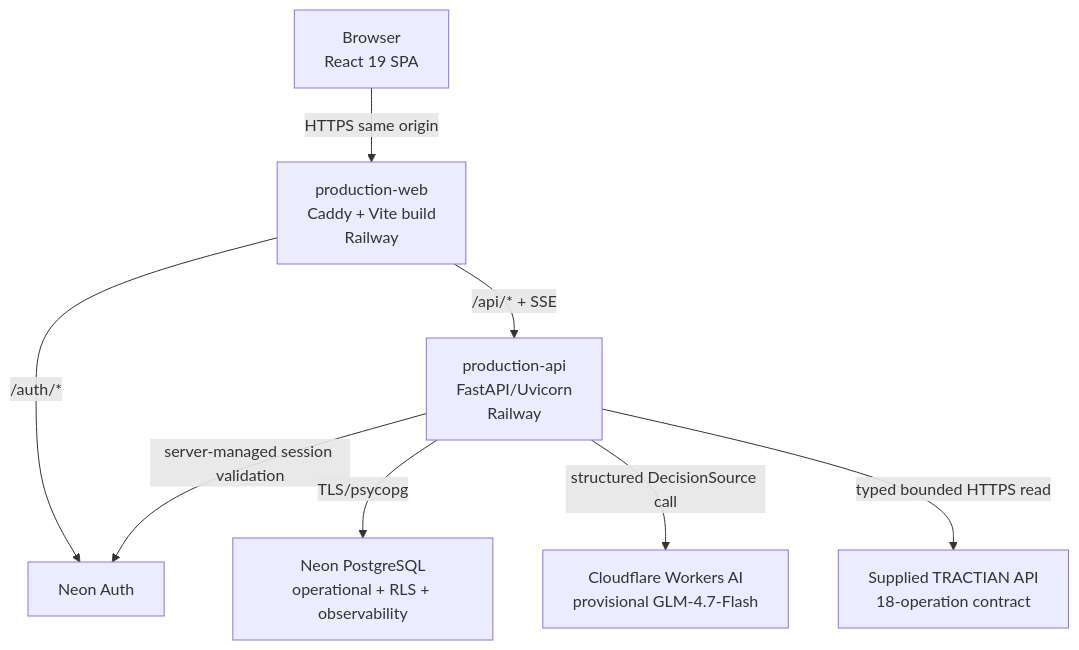
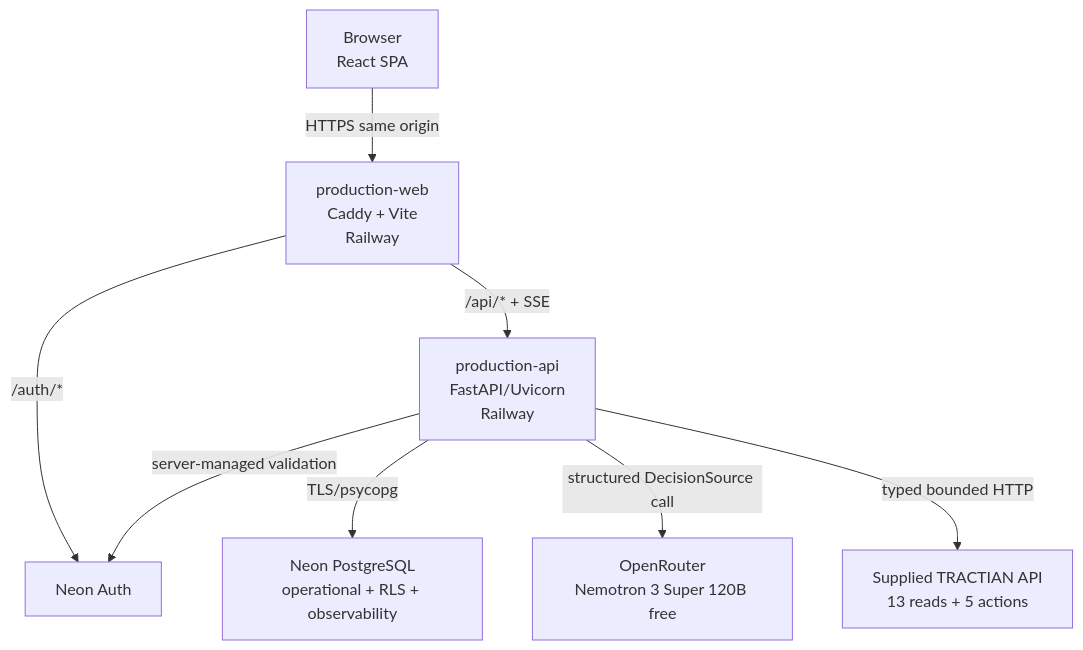
Before and after one commit to pablo-marchina/academy-tractian: the second of 4 diagrams in docs/ARCHITECTURE.md, drawn with Mermaid. The commit also changed other lines of this file, not shown here.

Commit message:
docs: synchronize architecture with V14 and governed actions

````diff
--- a/docs/ARCHITECTURE.md
+++ b/docs/ARCHITECTURE.md
@@ -33,18 +33,18 @@
 ```mermaid
 flowchart TB
-    B[Browser\nReact 19 SPA]
-    W[production-web\nCaddy + Vite build\nRailway]
+    B[Browser\nReact SPA]
+    W[production-web\nCaddy + Vite\nRailway]
     API[production-api\nFastAPI/Uvicorn\nRailway]
     AUTH[Neon Auth]
     DB[Neon PostgreSQL\noperational + RLS + observability]
-    CF[Cloudflare Workers AI\nprovisional GLM-4.7-Flash]
-    TR[Supplied TRACTIAN API\n18-operation contract]
+    OR[OpenRouter\nNemotron 3 Super 120B free]
+    TR[Supplied TRACTIAN API\n13 reads + 5 actions]
 
     B -->|HTTPS same origin| W
     W -->|/auth/*| AUTH
     W -->|/api/* + SSE| API
-    API -->|server-managed session validation| AUTH
+    API -->|server-managed validation| AUTH
     API -->|TLS/psycopg| DB
-    API -->|structured DecisionSource call| CF
-    API -->|typed bounded HTTPS read| TR
+    API -->|structured DecisionSource call| OR
+    API -->|typed bounded HTTP| TR
 ```
````
